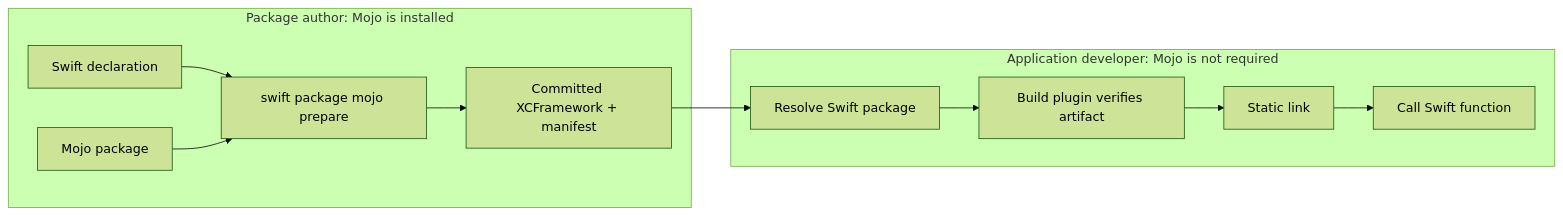
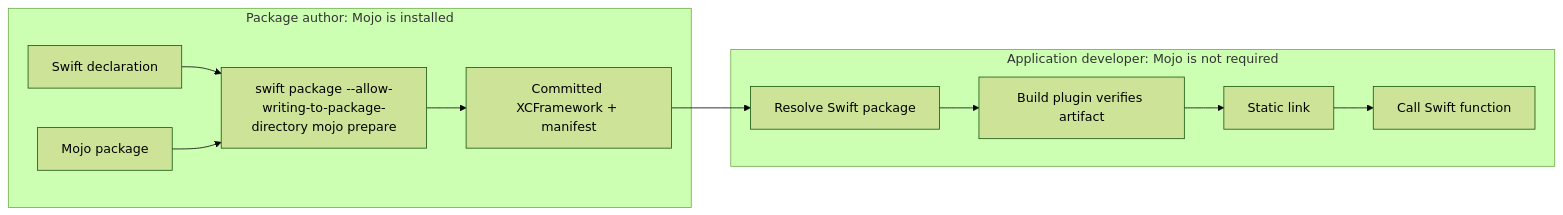
The first of 4 diagrams in README.md (1amageek/swift-mojo), drawn with Mermaid (forest theme) before and after one commit. The commit also changed other lines of this file and 39 other files, not shown here.

````diff
--- a/README.md
+++ b/README.md
@@ -145,19 +174,19 @@
 ```mermaid
 flowchart LR
     subgraph Author["Package author: Mojo is installed"]
         S["Swift declaration"]
         M["Mojo package"]
-        P["swift package mojo prepare"]
+        P["swift package --allow-writing-to-package-directory mojo prepare"]
         A["Committed XCFramework + manifest"]
         S --> P
         M --> P --> A
     end
     subgraph Consumer["Application developer: Mojo is not required"]
         R["Resolve Swift package"]
         V["Build plugin verifies artifact"]
         L["Static link"]
         C["Call Swift function"]
         R --> V --> L --> C
     end
     A --> R
 ```
````
